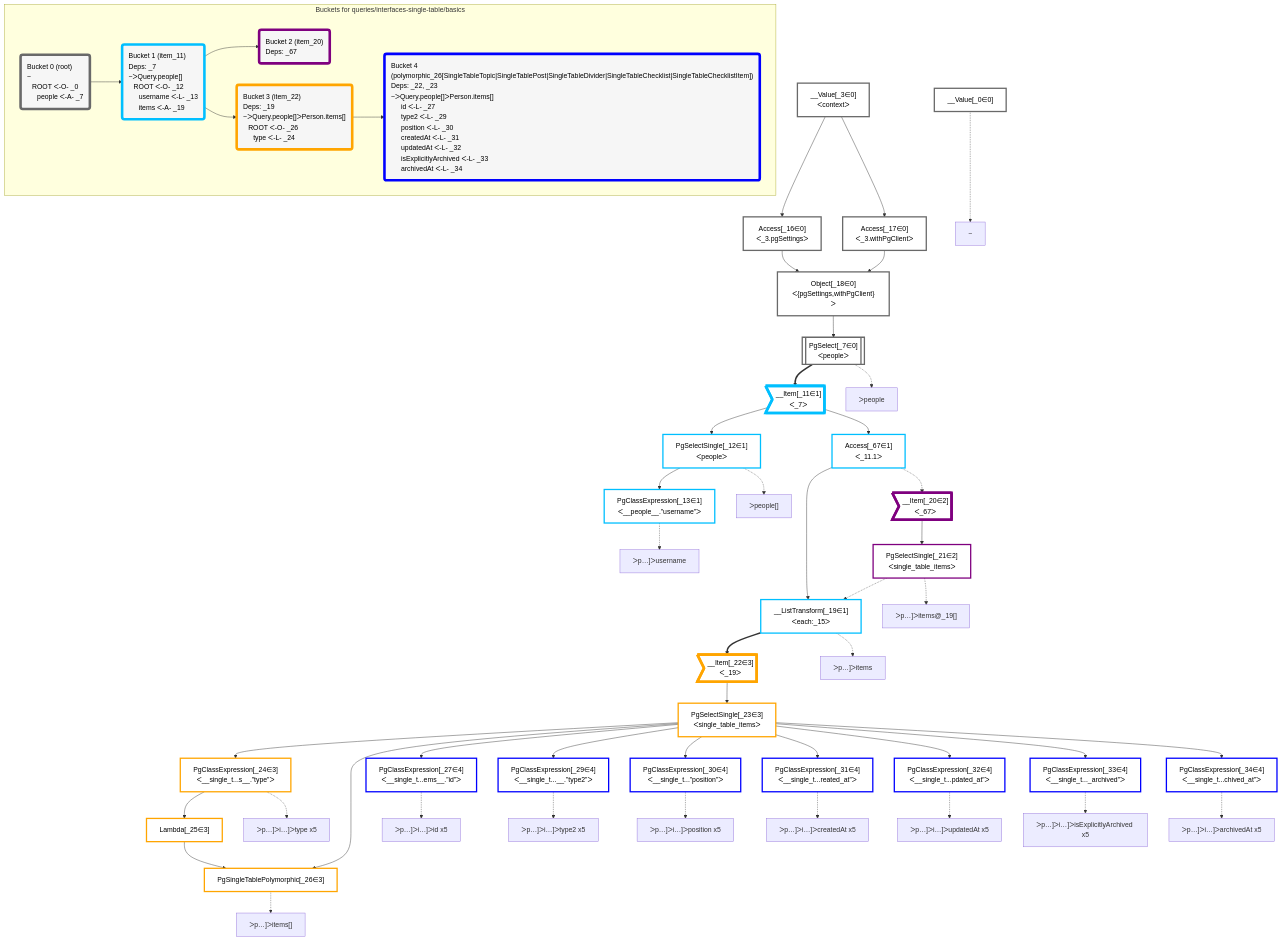
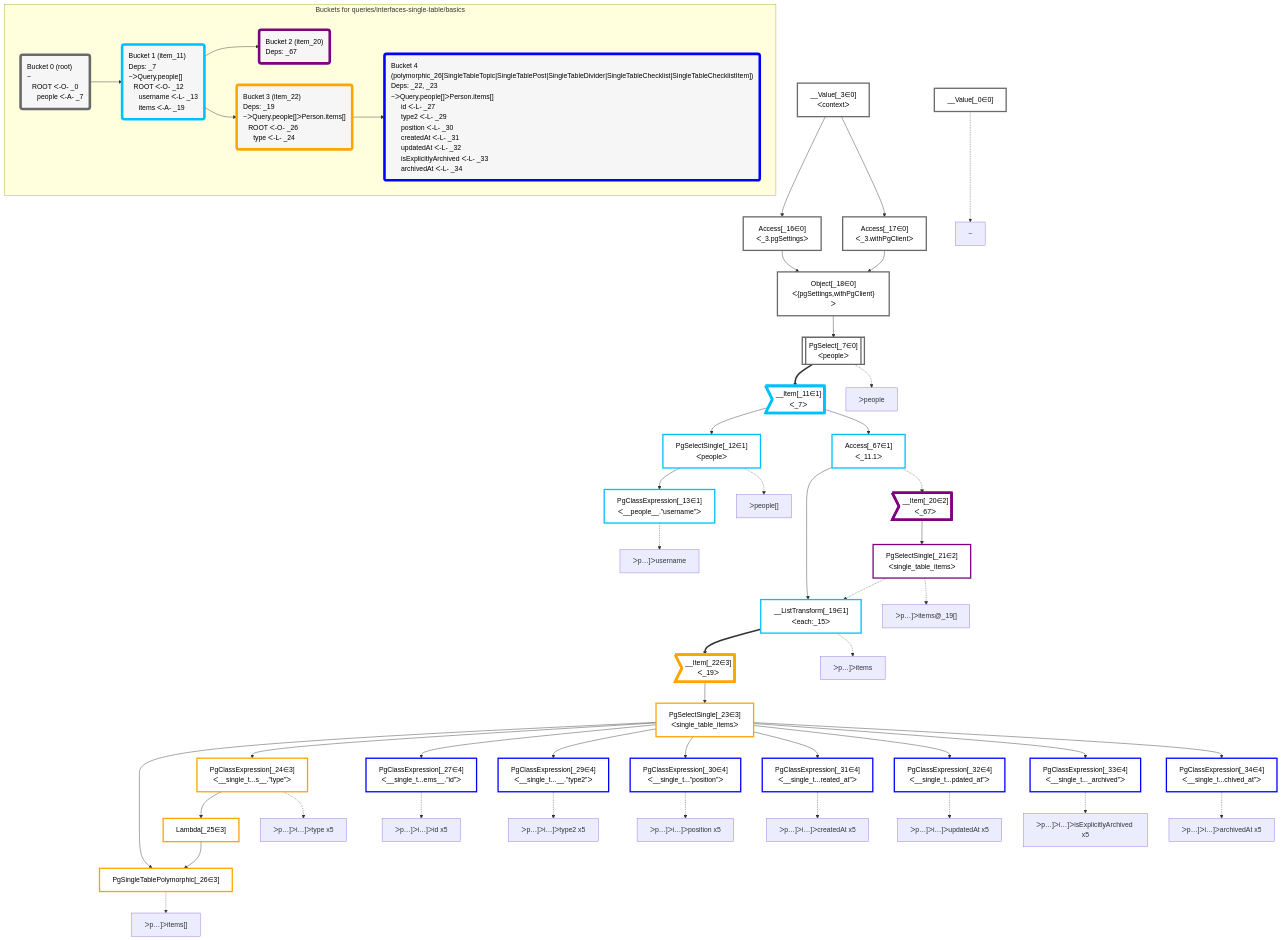
One commit to graphile/crystal changed the diagram in packages/dataplan-pg/__tests__/queries/interfaces-single-table/basics.mermaid.md. Above: the diagram before and after it, drawn with Mermaid. The commit also changed other lines of this file and 195 other files, not shown here.

```diff
--- a/packages/dataplan-pg/__tests__/queries/interfaces-single-table/basics.mermaid.md
+++ b/packages/dataplan-pg/__tests__/queries/interfaces-single-table/basics.mermaid.md
@@ -9,22 +9,11 @@
 
     %% define plans
     __Value_0["__Value[_0∈0]"]:::plan
-    __Value_3["__Value[_3∈0]<br />ᐸcontextᐳ"]:::plan
-    PgSelect_7[["PgSelect[_7∈0]<br />ᐸpeopleᐳ"]]:::plan
-    __Item_11>"__Item[_11∈1]<br />ᐸ_7ᐳ"]:::itemplan
+    PgClassExpression_13["PgClassExpression[_13∈1]<br />ᐸ__people__.”username”ᐳ"]:::plan
     PgSelectSingle_12["PgSelectSingle[_12∈1]<br />ᐸpeopleᐳ"]:::plan
-    PgClassExpression_13["PgClassExpression[_13∈1]<br />ᐸ__people__.”username”ᐳ"]:::plan
-    Access_16["Access[_16∈0]<br />ᐸ_3.pgSettingsᐳ"]:::plan
-    Access_17["Access[_17∈0]<br />ᐸ_3.withPgClientᐳ"]:::plan
-    Object_18["Object[_18∈0]<br />ᐸ{pgSettings,withPgClient}ᐳ"]:::plan
-    __ListTransform_19["__ListTransform[_19∈1]<br />ᐸeach:_15ᐳ"]:::plan
-    __Item_20>"__Item[_20∈2]<br />ᐸ_67ᐳ"]:::itemplan
-    PgSelectSingle_21["PgSelectSingle[_21∈2]<br />ᐸsingle_table_itemsᐳ"]:::plan
-    __Item_22>"__Item[_22∈3]<br />ᐸ_19ᐳ"]:::itemplan
-    PgSelectSingle_23["PgSelectSingle[_23∈3]<br />ᐸsingle_table_itemsᐳ"]:::plan
+    PgSingleTablePolymorphic_26["PgSingleTablePolymorphic[_26∈3]"]:::plan
+    Lambda_25["Lambda[_25∈3]"]:::plan
     PgClassExpression_24["PgClassExpression[_24∈3]<br />ᐸ__single_t...s__.”type”ᐳ"]:::plan
-    Lambda_25["Lambda[_25∈3]"]:::plan
-    PgSingleTablePolymorphic_26["PgSingleTablePolymorphic[_26∈3]"]:::plan
     PgClassExpression_27["PgClassExpression[_27∈4]<br />ᐸ__single_t...ems__.”id”ᐳ"]:::plan
     PgClassExpression_29["PgClassExpression[_29∈4]<br />ᐸ__single_t...__.”type2”ᐳ"]:::plan
     PgClassExpression_30["PgClassExpression[_30∈4]<br />ᐸ__single_t...”position”ᐳ"]:::plan
@@ -32,25 +21,25 @@
     PgClassExpression_32["PgClassExpression[_32∈4]<br />ᐸ__single_t...pdated_at”ᐳ"]:::plan
     PgClassExpression_33["PgClassExpression[_33∈4]<br />ᐸ__single_t..._archived”ᐳ"]:::plan
     PgClassExpression_34["PgClassExpression[_34∈4]<br />ᐸ__single_t...chived_at”ᐳ"]:::plan
+    PgSelectSingle_23["PgSelectSingle[_23∈3]<br />ᐸsingle_table_itemsᐳ"]:::plan
+    __Item_22>"__Item[_22∈3]<br />ᐸ_19ᐳ"]:::itemplan
+    __ListTransform_19["__ListTransform[_19∈1]<br />ᐸeach:_15ᐳ"]:::plan
+    PgSelectSingle_21["PgSelectSingle[_21∈2]<br />ᐸsingle_table_itemsᐳ"]:::plan
+    __Item_20>"__Item[_20∈2]<br />ᐸ_67ᐳ"]:::itemplan
     Access_67["Access[_67∈1]<br />ᐸ_11.1ᐳ"]:::plan
+    __Item_11>"__Item[_11∈1]<br />ᐸ_7ᐳ"]:::itemplan
+    PgSelect_7[["PgSelect[_7∈0]<br />ᐸpeopleᐳ"]]:::plan
+    Object_18["Object[_18∈0]<br />ᐸ{pgSettings,withPgClient}ᐳ"]:::plan
+    Access_16["Access[_16∈0]<br />ᐸ_3.pgSettingsᐳ"]:::plan
+    Access_17["Access[_17∈0]<br />ᐸ_3.withPgClientᐳ"]:::plan
+    __Value_3["__Value[_3∈0]<br />ᐸcontextᐳ"]:::plan
 
     %% plan dependencies
-    Object_18 --> PgSelect_7
-    PgSelect_7 ==> __Item_11
+    PgSelectSingle_12 --> PgClassExpression_13
     __Item_11 --> PgSelectSingle_12
-    PgSelectSingle_12 --> PgClassExpression_13
-    __Value_3 --> Access_16
-    __Value_3 --> Access_17
-    Access_16 & Access_17 --> Object_18
-    Access_67 --> __ListTransform_19
-    PgSelectSingle_21 -.-> __ListTransform_19
-    Access_67 -.-> __Item_20
-    __Item_20 --> PgSelectSingle_21
-    __ListTransform_19 ==> __Item_22
-    __Item_22 --> PgSelectSingle_23
+    Lambda_25 & PgSelectSingle_23 --> PgSingleTablePolymorphic_26
+    PgClassExpression_24 --> Lambda_25
     PgSelectSingle_23 --> PgClassExpression_24
-    PgClassExpression_24 --> Lambda_25
-    Lambda_25 & PgSelectSingle_23 --> PgSingleTablePolymorphic_26
     PgSelectSingle_23 --> PgClassExpression_27
     PgSelectSingle_23 --> PgClassExpression_29
     PgSelectSingle_23 --> PgClassExpression_30
@@ -58,7 +47,18 @@
     PgSelectSingle_23 --> PgClassExpression_32
     PgSelectSingle_23 --> PgClassExpression_33
     PgSelectSingle_23 --> PgClassExpression_34
+    __Item_22 --> PgSelectSingle_23
+    __ListTransform_19 ==> __Item_22
+    Access_67 --> __ListTransform_19
+    PgSelectSingle_21 -.-> __ListTransform_19
+    __Item_20 --> PgSelectSingle_21
+    Access_67 -.-> __Item_20
     __Item_11 --> Access_67
+    PgSelect_7 ==> __Item_11
+    Object_18 --> PgSelect_7
+    Access_16 & Access_17 --> Object_18
+    __Value_3 --> Access_16
+    __Value_3 --> Access_17
 
     %% plan-to-path relationships
     P_0["~"]
```
